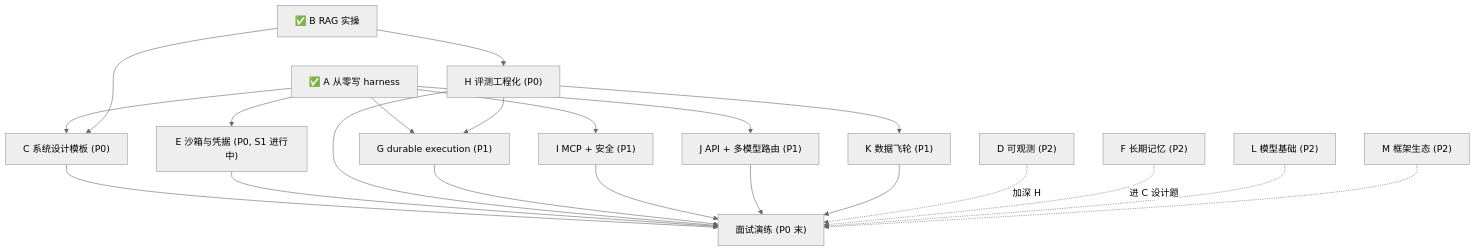
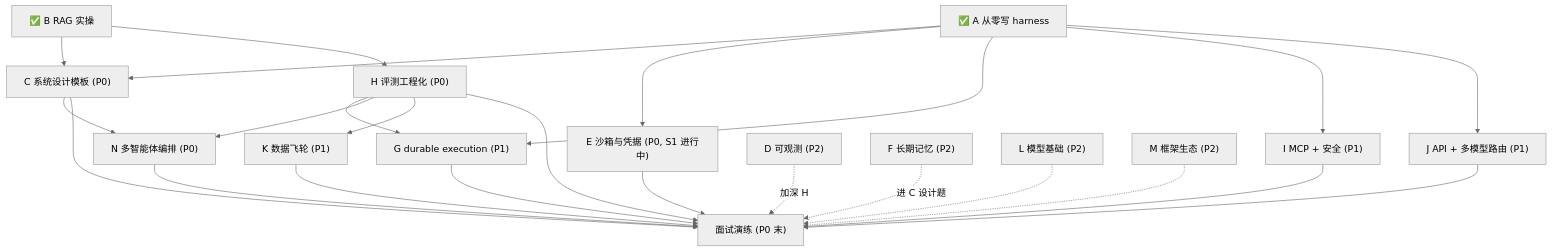
One commit to zo0043/learn-agent-harness changed the diagram in notes/knowledge-map.md. Above: the diagram before and after it, drawn with Mermaid (neutral theme). The commit also changed other lines of this file and 93 other files, not shown here.

````diff
--- a/notes/knowledge-map.md
+++ b/notes/knowledge-map.md
@@ -32,23 +35,26 @@
 ```mermaid
 graph TD
   A["✅ A 从零写 harness"] --> C["C 系统设计模板 (P0)"]
   B["✅ B RAG 实操"] --> C
   A --> E["E 沙箱与凭据 (P0, S1 进行中)"]
   B --> H["H 评测工程化 (P0)"]
   A --> G["G durable execution (P1)"]
   H --> G
   A --> I["I MCP + 安全 (P1)"]
+  C --> N["N 多智能体编排 (P0)"]
+  H --> N
+  N --> Z
   A --> J["J API + 多模型路由 (P1)"]
   H --> K["K 数据飞轮 (P1)"]
   C --> Z["面试演练 (P0 末)"]
   E --> Z
   H --> Z
   G --> Z
   I --> Z
   J --> Z
   K --> Z
   D["D 可观测 (P2)"] -.->|加深 H| Z
   F["F 长期记忆 (P2)"] -.->|进 C 设计题| Z
   L["L 模型基础 (P2)"] -.-> Z
   M["M 框架生态 (P2)"] -.-> Z
 ```
````
